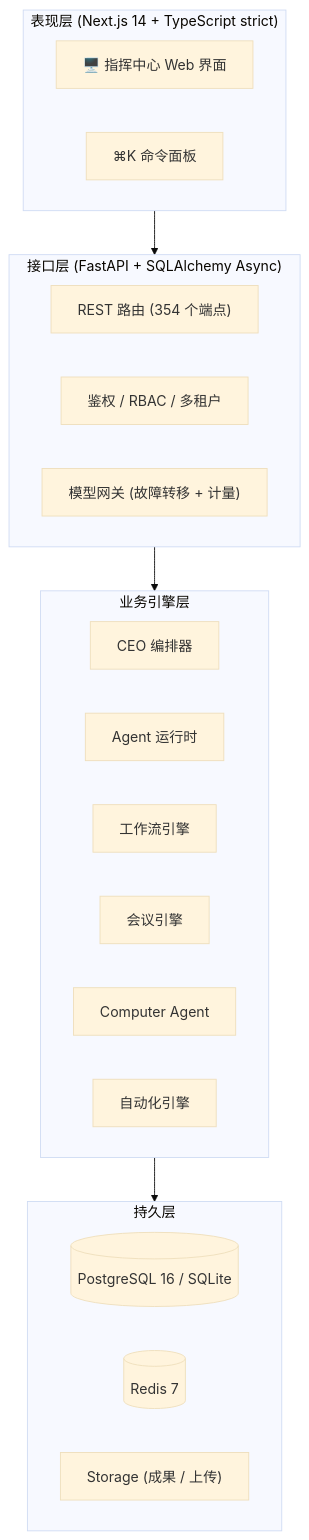
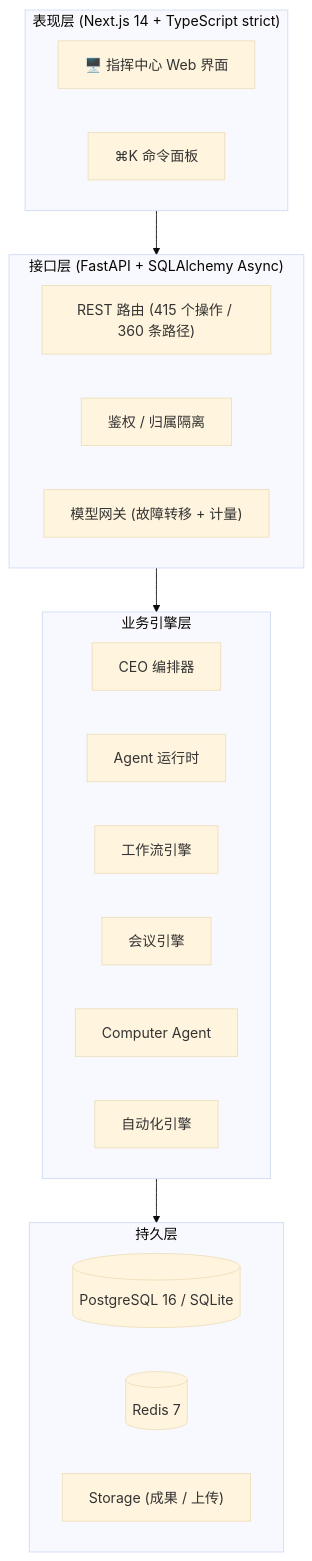
Before and after one commit to yimuhub/ai-eos: the diagram in README_ZH.md, drawn with Mermaid (base theme). The commit also changed other lines of this file and 134 other files, not shown here.

````diff
--- a/README_ZH.md
+++ b/README_ZH.md
@@ -76,32 +78,32 @@
 ```mermaid
 flowchart TD
     subgraph UI["表现层 (Next.js 14 + TypeScript strict)"]
         Web["🖥️ 指挥中心 Web 界面"]
         Palette["⌘K 命令面板"]
     end
 
     subgraph API["接口层 (FastAPI + SQLAlchemy Async)"]
-        Router["REST 路由 (354 个端点)"]
-        Auth["鉴权 / RBAC / 多租户"]
+        Router["REST 路由 (415 个操作 / 360 条路径)"]
+        Auth["鉴权 / 归属隔离"]
         Gateway["模型网关 (故障转移 + 计量)"]
     end
 
     subgraph Engines["业务引擎层"]
         Orchestrator["CEO 编排器"]
         Runtime["Agent 运行时"]
         Workflow["工作流引擎"]
         Meetings["会议引擎"]
         Computer["Computer Agent"]
         Automation["自动化引擎"]
     end
 
     subgraph Storage["持久层"]
         DB[("PostgreSQL 16 / SQLite")]
         Redis[("Redis 7")]
         Files["Storage (成果 / 上传)"]
     end
 
     UI --> API
     API --> Engines
     Engines --> Storage
 ```
````
